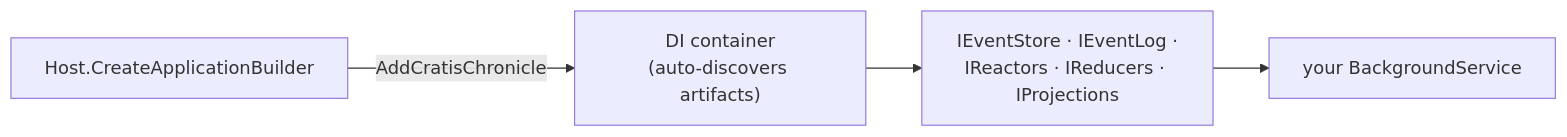
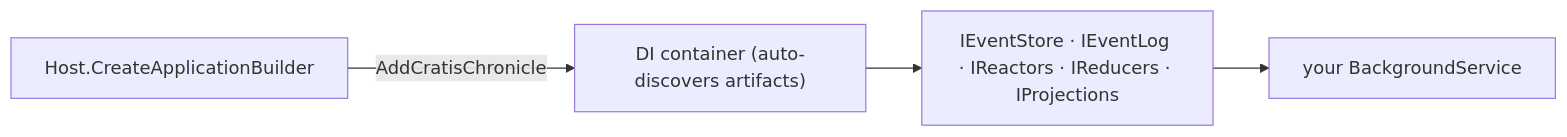
Before and after one commit to Cratis/Chronicle: the diagram in Documentation/get-started/worker.md, drawn with Mermaid. The commit also changed other lines of this file and 43 other files, not shown here.

````diff
--- a/Documentation/get-started/worker.md
+++ b/Documentation/get-started/worker.md
@@ -47,6 +47,6 @@
 ```mermaid
 flowchart LR
-    Host["Host.CreateApplicationBuilder"] -->|AddCratisChronicle| DI["DI container<br/>(auto-discovers artifacts)"]
-    DI --> Svcs["IEventStore · IEventLog ·<br/>IReactors · IReducers · IProjections"]
+    Host["Host.CreateApplicationBuilder"] -->|AddCratisChronicle| DI["DI container (auto-discovers artifacts)"]
+    DI --> Svcs["IEventStore · IEventLog · IReactors · IReducers · IProjections"]
     Svcs --> Worker["your BackgroundService"]
 ```
````
